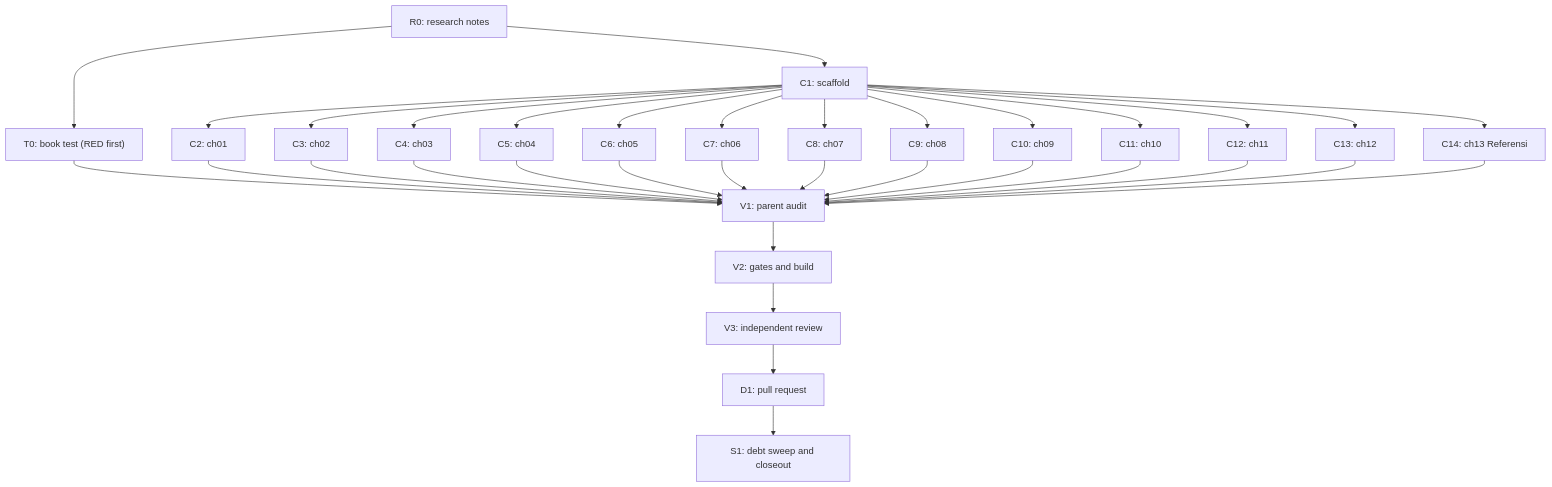
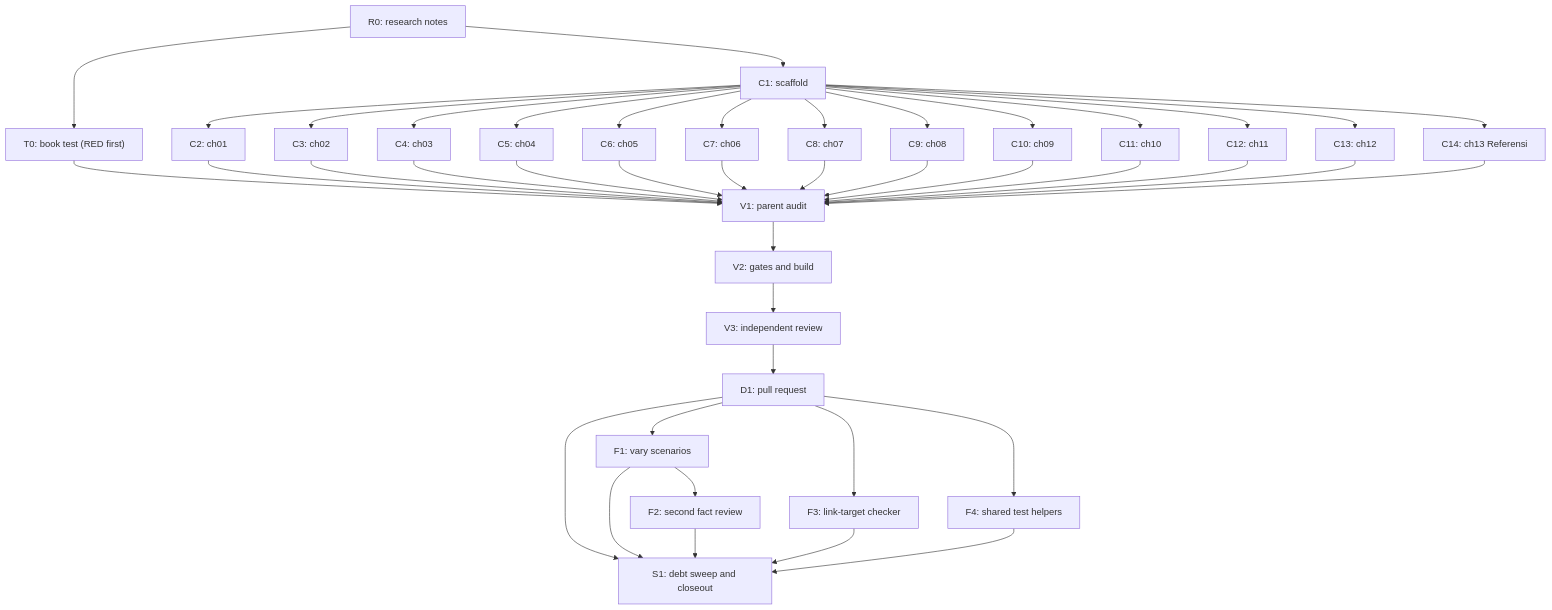
Before and after one commit to belajarcarabelajar/dawnbook: the diagram in docs/code-plan/plans/2026-10-19-dawnbook-menolak-perasaan.md, drawn with Mermaid. The commit also changed other lines of this file and 8 other files, not shown here.

First line of the commit message:
test: check chapter link targets and share book-test helpers

````diff
--- a/docs/code-plan/plans/2026-10-19-dawnbook-menolak-perasaan.md
+++ b/docs/code-plan/plans/2026-10-19-dawnbook-menolak-perasaan.md
@@ -248,38 +288,46 @@
 ```mermaid
 flowchart TD
     accTitle: Book authoring plan for Saat Dia Suka, tapi Kamu Tidak
     accDescr: Research notes feed the book test and the scaffold, the scaffold feeds thirteen parallel chapter tasks, which converge on the parent audit, the gates, an independent review, the pull request, and the debt sweep.
     R0["R0: research notes"] --> T0["T0: book test (RED first)"]
     R0 --> C1["C1: scaffold"]
     C1 --> C2["C2: ch01"]
     C1 --> C3["C3: ch02"]
     C1 --> C4["C4: ch03"]
     C1 --> C5["C5: ch04"]
     C1 --> C6["C6: ch05"]
     C1 --> C7["C7: ch06"]
     C1 --> C8["C8: ch07"]
     C1 --> C9["C9: ch08"]
     C1 --> C10["C10: ch09"]
     C1 --> C11["C11: ch10"]
     C1 --> C12["C12: ch11"]
     C1 --> C13["C13: ch12"]
     C1 --> C14["C14: ch13 Referensi"]
     T0 --> V1["V1: parent audit"]
     C2 --> V1
     C3 --> V1
     C4 --> V1
     C5 --> V1
     C6 --> V1
     C7 --> V1
     C8 --> V1
     C9 --> V1
     C10 --> V1
     C11 --> V1
     C12 --> V1
     C13 --> V1
     C14 --> V1
     V1 --> V2["V2: gates and build"]
     V2 --> V3["V3: independent review"]
     V3 --> D1["D1: pull request"]
+    D1 --> F1["F1: vary scenarios"]
+    F1 --> F2["F2: second fact review"]
+    D1 --> F3["F3: link-target checker"]
+    D1 --> F4["F4: shared test helpers"]
     D1 --> S1["S1: debt sweep and closeout"]
+    F1 --> S1
+    F2 --> S1
+    F3 --> S1
+    F4 --> S1
 ```
````
